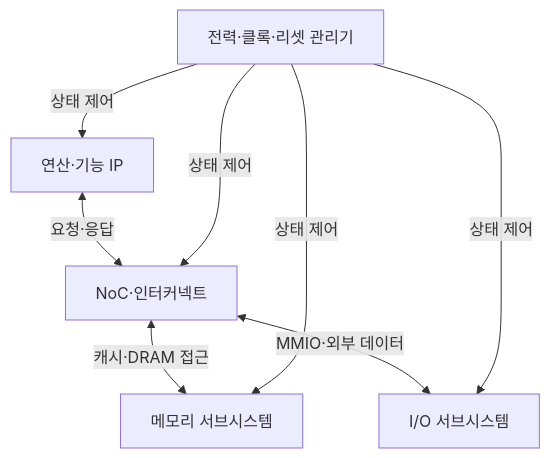
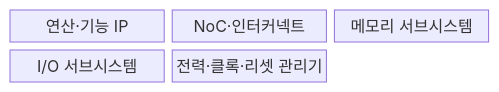
Before and after one commit to agnusdei1207/knowledge-base: the first of 2 diagrams in src/content/docs/notes/02-hardware/038_system_on_chip.md, drawn with Mermaid. The commit also changed other lines of this file and 20 other files, not shown here.

````diff
--- a/src/content/docs/notes/02-hardware/038_system_on_chip.md
+++ b/src/content/docs/notes/02-hardware/038_system_on_chip.md
@@ -72,15 +70,9 @@
 ```mermaid
-flowchart TB
-    IP[연산·기능 IP]
-    NOC[NoC·인터커넥트]
-    MEM[메모리 서브시스템]
-    IO[I/O 서브시스템]
-    PM[전력·클록·리셋 관리기]
-    IP <-->|요청·응답| NOC
-    NOC <-->|캐시·DRAM 접근| MEM
-    NOC <-->|MMIO·외부 데이터| IO
-    PM -->|상태 제어| IP
-    PM -->|상태 제어| NOC
-    PM -->|상태 제어| MEM
-    PM -->|상태 제어| IO
+block
+    columns 3
+    IP["연산·기능 IP"]
+    NOC["NoC·인터커넥트"]
+    MEM["메모리 서브시스템"]
+    IO["I/O 서브시스템"]
+    PM["전력·클록·리셋 관리기"]
 ```
````
